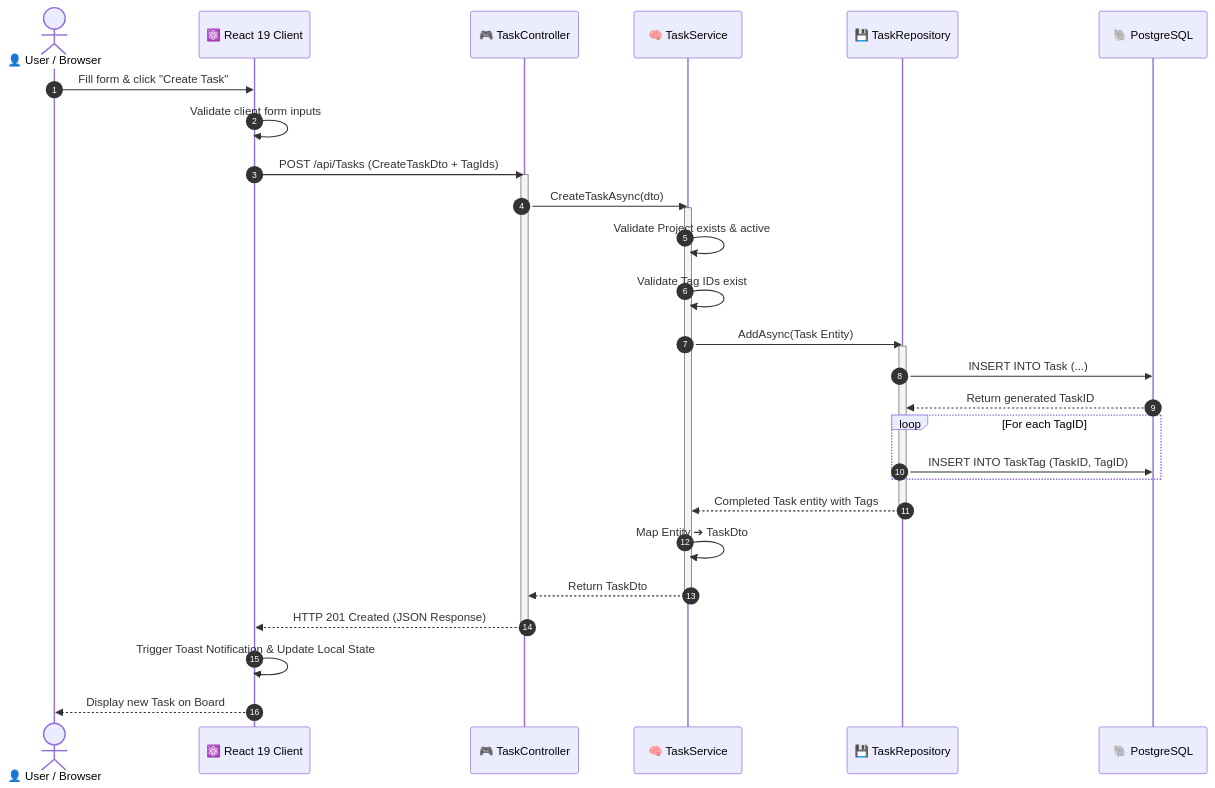
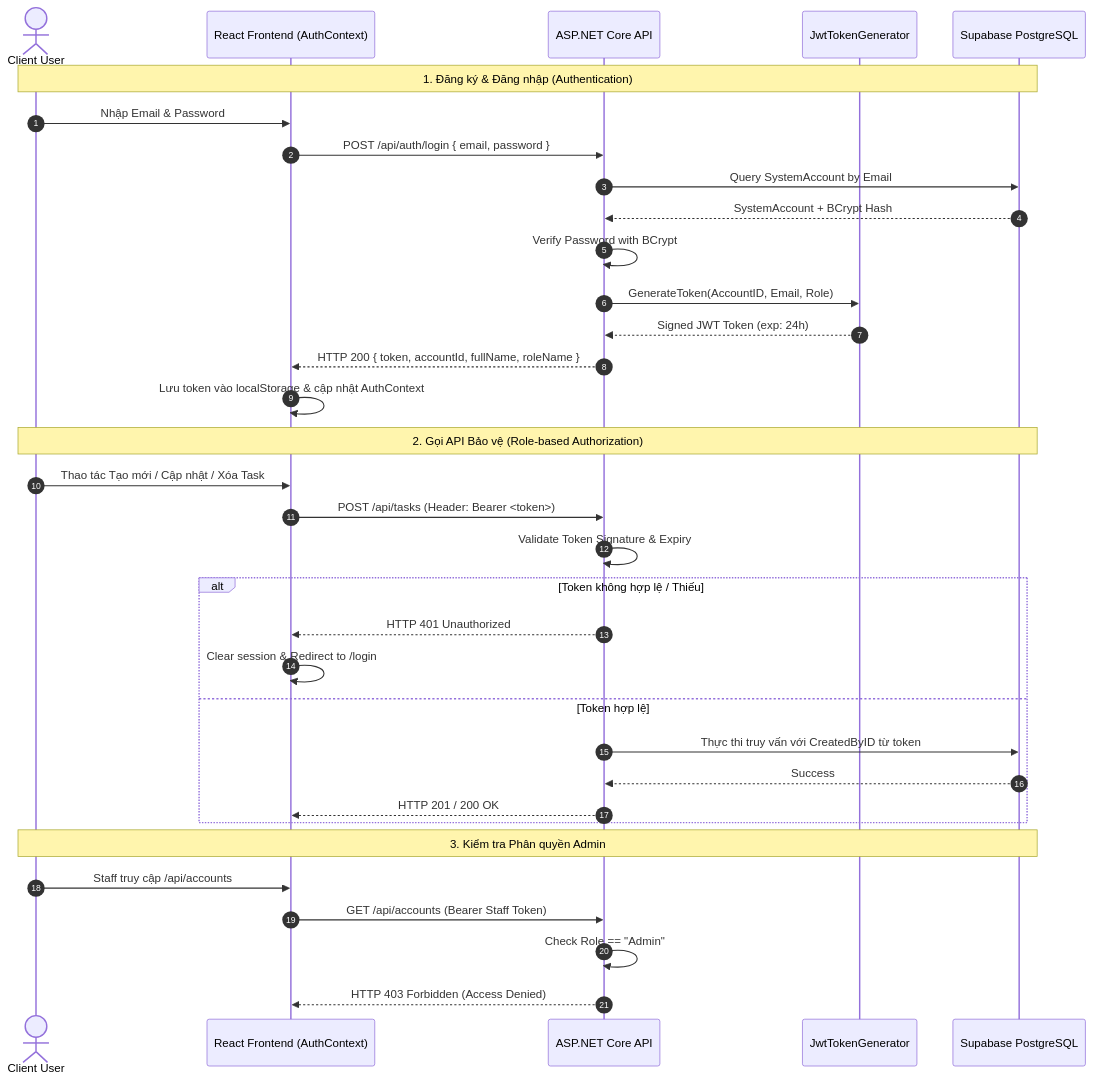
The third of 4 diagrams in README.md (TomOutfit/Assignment-2_PRN232_Fa26), drawn with Mermaid before and after one commit. The commit also changed other lines of this file and 4 other files, not shown here.

````diff
--- a/README.md
+++ b/README.md
@@ -219,42 +177,39 @@
 ```mermaid
 sequenceDiagram
     autonumber
-    actor User as 👤 User / Browser
-    participant React as ⚛️ React 19 Client
-    participant Controller as 🎮 TaskController
-    participant Service as 🧠 TaskService
-    participant Repo as 💾 TaskRepository
-    participant DB as 🐘 PostgreSQL
+    actor User as Client User
+    participant FE as React Frontend (AuthContext)
+    participant API as ASP.NET Core API
+    participant JWT as JwtTokenGenerator
+    participant DB as Supabase PostgreSQL
 
-    User->>React: Fill form & click "Create Task"
-    React->>React: Validate client form inputs
-    React->>Controller: POST /api/Tasks (CreateTaskDto + TagIds)
-    
-    activate Controller
-    Controller->>Service: CreateTaskAsync(dto)
-    activate Service
-    
-    Service->>Service: Validate Project exists & active
-    Service->>Service: Validate Tag IDs exist
-    Service->>Repo: AddAsync(Task Entity)
-    activate Repo
-    Repo->>DB: INSERT INTO Task (...)
-    DB-->>Repo: Return generated TaskID
-    
-    loop For each TagID
-        Repo->>DB: INSERT INTO TaskTag (TaskID, TagID)
+    Note over User, DB: 1. Đăng ký & Đăng nhập (Authentication)
+    User->>FE: Nhập Email & Password
+    FE->>API: POST /api/auth/login { email, password }
+    API->>DB: Query SystemAccount by Email
+    DB-->>API: SystemAccount + BCrypt Hash
+    API->>API: Verify Password with BCrypt
+    API->>JWT: GenerateToken(AccountID, Email, Role)
+    JWT-->>API: Signed JWT Token (exp: 24h)
+    API-->>FE: HTTP 200 { token, accountId, fullName, roleName }
+    FE->>FE: Lưu token vào localStorage & cập nhật AuthContext
+
+    Note over User, DB: 2. Gọi API Bảo vệ (Role-based Authorization)
+    User->>FE: Thao tác Tạo mới / Cập nhật / Xóa Task
+    FE->>API: POST /api/tasks (Header: Bearer <token>)
+    API->>API: Validate Token Signature & Expiry
+    alt Token không hợp lệ / Thiếu
+        API-->>FE: HTTP 401 Unauthorized
+        FE->>FE: Clear session & Redirect to /login
+    else Token hợp lệ
+        API->>DB: Thực thi truy vấn với CreatedByID từ token
+        DB-->>API: Success
+        API-->>FE: HTTP 201 / 200 OK
     end
-    
-    Repo-->>Service: Completed Task entity with Tags
-    deactivate Repo
-    
-    Service->>Service: Map Entity ➔ TaskDto
-    Service-->>Controller: Return TaskDto
-    deactivate Service
-    
-    Controller-->>React: HTTP 201 Created (JSON Response)
-    deactivate Controller
-    
-    React->>React: Trigger Toast Notification & Update Local State
-    React-->>User: Display new Task on Board
+
+    Note over User, DB: 3. Kiểm tra Phân quyền Admin
+    User->>FE: Staff truy cập /api/accounts
+    FE->>API: GET /api/accounts (Bearer Staff Token)
+    API->>API: Check Role == "Admin"
+    API-->>FE: HTTP 403 Forbidden (Access Denied)
 ```
````
